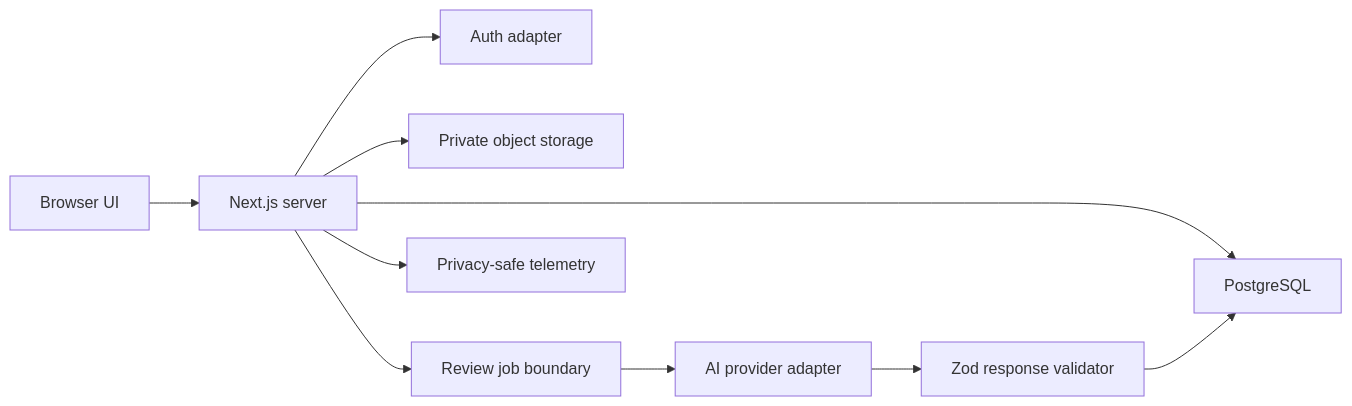
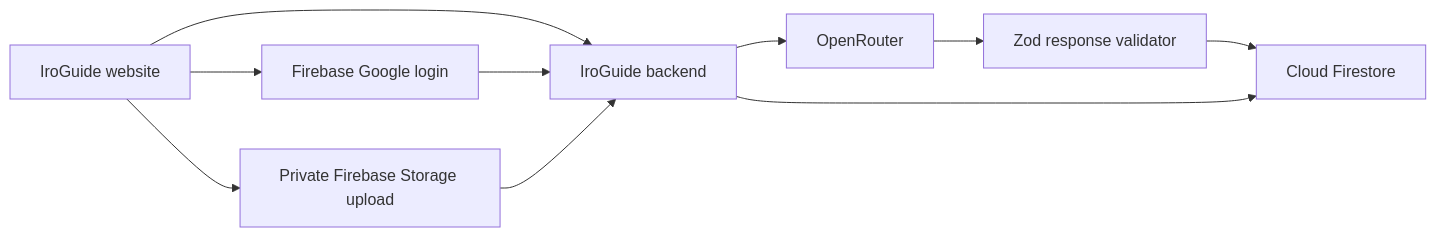
The diagram in docs/technical-architecture.md (painjanevivek/IroGuide), drawn with Mermaid before and after one commit. The commit also changed other lines of this file and 58 other files, not shown here.

Commit message:
refactor(repo): make IroGuide frontend-only

````diff
--- a/docs/technical-architecture.md
+++ b/docs/technical-architecture.md
@@ -22,12 +22,12 @@
 ```mermaid
 flowchart LR
-  Browser["Browser UI"] --> Web["Next.js server"]
-  Web --> Auth["Auth adapter"]
-  Web --> DB["PostgreSQL"]
-  Web --> Storage["Private object storage"]
-  Web --> Queue["Review job boundary"]
-  Queue --> AI["AI provider adapter"]
+  Browser["IroGuide website"] --> Auth["Firebase Google login"]
+  Browser --> Storage["Private Firebase Storage upload"]
+  Browser --> API["IroGuide backend"]
+  Auth --> API
+  Storage --> API
+  API --> AI["OpenRouter"]
   AI --> Validator["Zod response validator"]
-  Validator --> DB
-  Web --> Telemetry["Privacy-safe telemetry"]
+  Validator --> DB["Cloud Firestore"]
+  API --> DB
 ```
````
